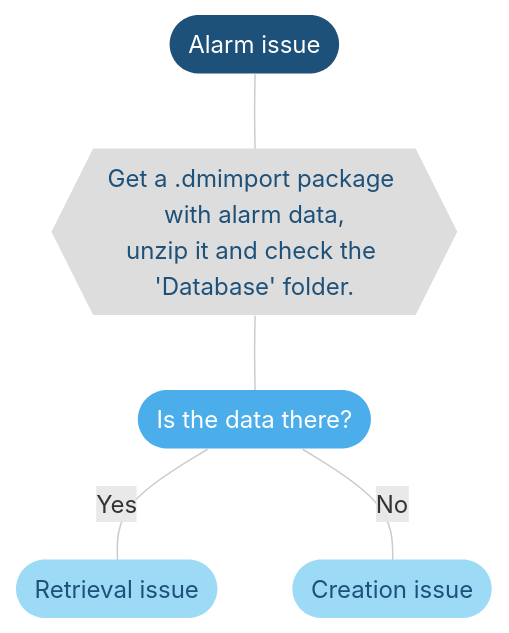
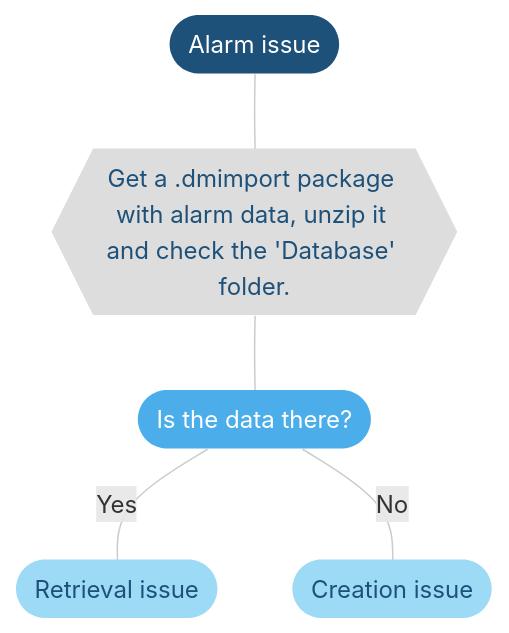
Before and after one commit to SkylineCommunications/dataminer-docs: the first of 3 diagrams in user-guide/Troubleshooting/Troubleshooting_Flowcharts/Troubleshooting_Alarms.md, drawn with Mermaid. The commit also changed other lines of this file and 8 other files, not shown here.

````diff
--- a/user-guide/Troubleshooting/Troubleshooting_Flowcharts/Troubleshooting_Alarms.md
+++ b/user-guide/Troubleshooting/Troubleshooting_Flowcharts/Troubleshooting_Alarms.md
@@ -17,31 +17,31 @@
 ```mermaid
 flowchart TD
 %% Define styles %%
 linkStyle default stroke:#cccccc
 classDef classTerminal fill:#1e5179,stroke:#1e5179,color:#ffffff,stroke-width:0px;
 classDef classDecision fill:#4baeea,stroke:#4baeea,color:#ffffff,stroke-width:0px;
 classDef classExternalRef fill:#9ddaf5,stroke:#9ddaf5,color:#1E5179,stroke-width:0px;
 classDef classActionClickable fill:#999999,stroke:#999999,color:#ffffff,stroke-width:0px;
 classDef classAction fill:#dddddd,stroke:#dddddd,color:#1E5179,stroke-width:0px;
 classDef classSolution fill:#58595b,stroke:#58595b,color:#ffffff,stroke-width:0px;
 %% Define blocks %%
 START([Alarm issue])
-GetDELT{{Get a .dmimport package with alarm data,\nunzip it and check the 'Database' folder.}}
+GetDELT{{Get a .dmimport package with alarm data, unzip it and check the 'Database' folder.}}
 DataPresent([Is the data there?])
 CreationIssue([Creation issue])
 RetrievalIssue([Retrieval issue])
 %% Connect blocks %%
 START --- GetDELT
 GetDELT --- DataPresent
 DataPresent --- |Yes|RetrievalIssue
 DataPresent --- |No|CreationIssue
 %% Define hyperlinks %%
 click RetrievalIssue "#retrieval-issue" "Alarms"
 click CreationIssue "#creation-issue" "Alarms"
 %% Apply styles to blocks %%
 class START classTerminal;
 class AlarmConsole,Surveyor,Apps,Trending,CreationIssue,RetrievalIssue classExternalRef;
 %%class classActionClickable;
 class GetDELT classAction;
 class DataPresent classDecision;
 ```
````
